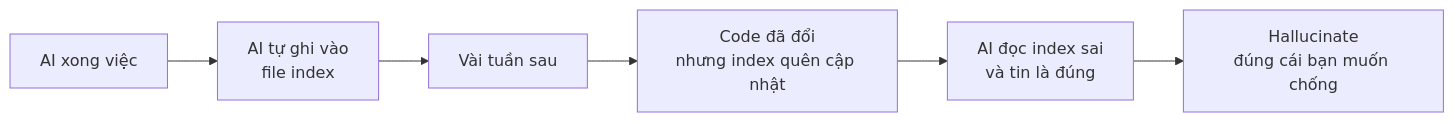
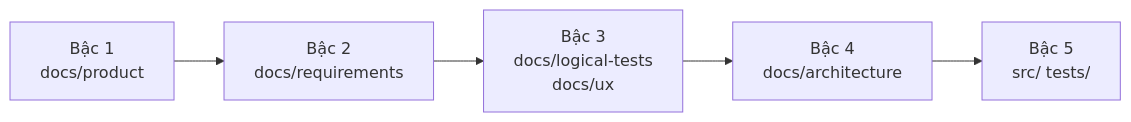
The second of 3 diagrams in answer.md (Kynderis/kendrick-ai-tools), drawn with Mermaid before and after one commit. The commit also changed other lines of this file and 2 other files, not shown here.

````diff
--- a/answer.md
+++ b/answer.md
@@ -237,8 +27,7 @@
 ```mermaid
 flowchart LR
-    A["AI xong việc"] --> B["AI tự ghi vào<br/>file index"]
-    B --> C["Vài tuần sau"]
-    C --> D["Code đã đổi<br/>nhưng index quên cập nhật"]
-    D --> E["AI đọc index sai<br/>và tin là đúng"]
-    E --> F["Hallucinate<br/>đúng cái bạn muốn chống"]
+    S1["Bậc 1<br/>docs/product"] --> S2["Bậc 2<br/>docs/requirements"]
+    S2 --> S3["Bậc 3<br/>docs/logical-tests<br/>docs/ux"]
+    S3 --> S4["Bậc 4<br/>docs/architecture"]
+    S4 --> S5["Bậc 5<br/>src/ tests/"]
 ```
````
